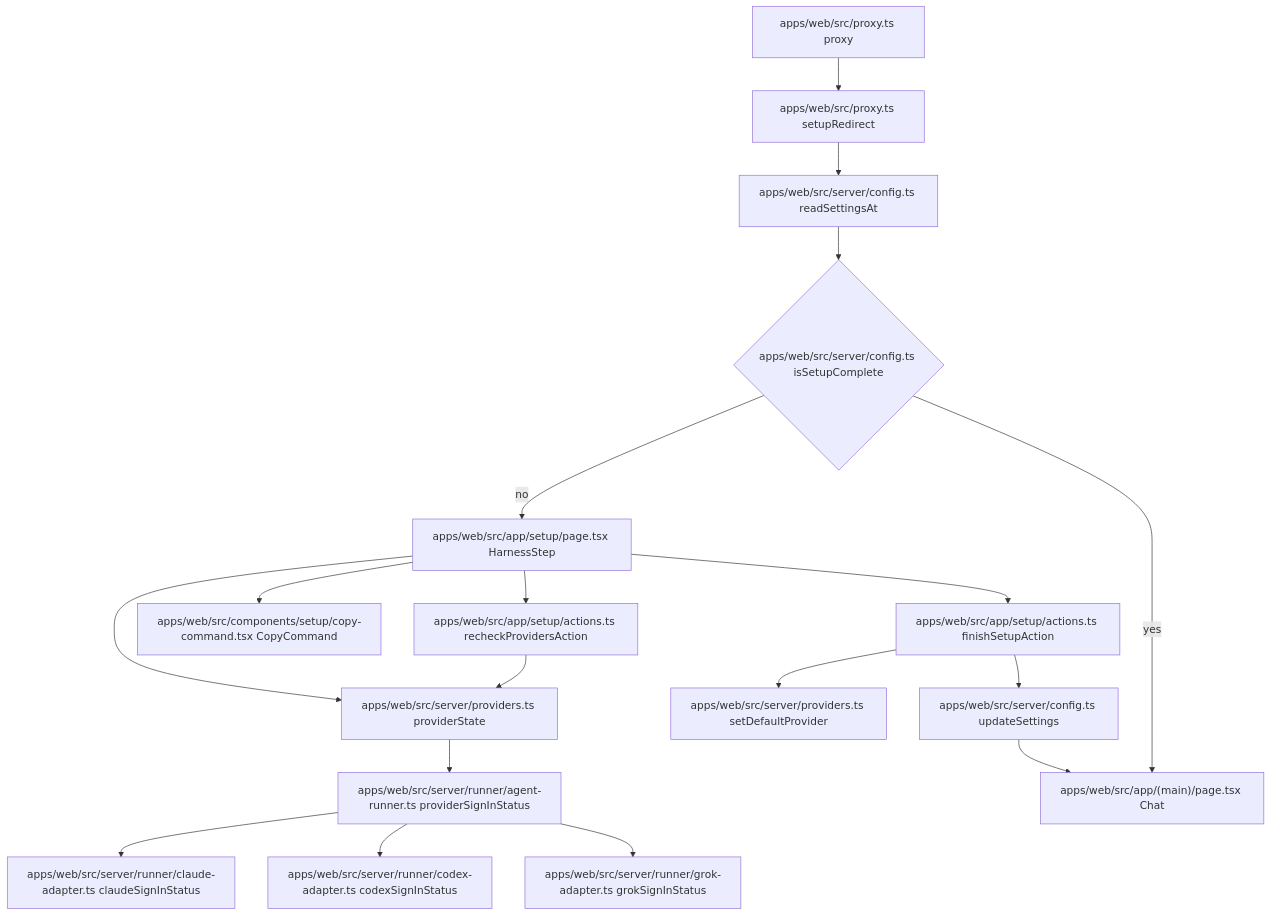
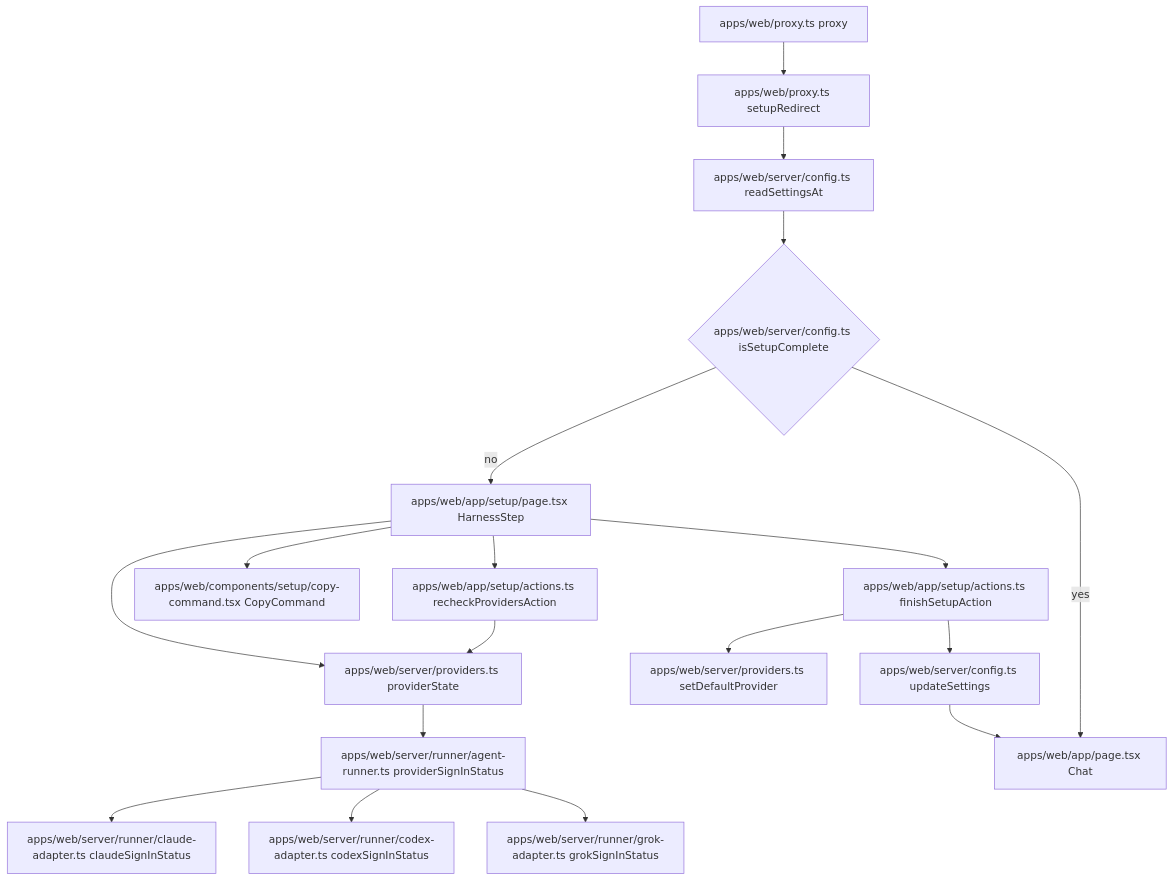
One commit to devjiwonchoi/busyboy changed the second of 5 diagrams in DOMAIN.md. Above: the diagram before and after it, drawn with Mermaid. The commit also changed other lines of this file and 72 other files, not shown here.

First line of the commit message:
Enforce the shadcn theme and flatten the web app.

````diff
--- a/DOMAIN.md
+++ b/DOMAIN.md
@@ -27,20 +27,20 @@
 ```mermaid
 flowchart TD
-  Request["apps/web/src/proxy.ts proxy"] --> Redirect["apps/web/src/proxy.ts setupRedirect"]
-  Redirect --> Settings["apps/web/src/server/config.ts readSettingsAt"]
-  Settings --> Complete{"apps/web/src/server/config.ts isSetupComplete"}
-  Complete -->|no| Page["apps/web/src/app/setup/page.tsx HarnessStep"]
-  Complete -->|yes| Home["apps/web/src/app/(main)/page.tsx Chat"]
-  Page --> State["apps/web/src/server/providers.ts providerState"]
-  State --> SignIn["apps/web/src/server/runner/agent-runner.ts providerSignInStatus"]
-  SignIn --> Claude["apps/web/src/server/runner/claude-adapter.ts claudeSignInStatus"]
-  SignIn --> Codex["apps/web/src/server/runner/codex-adapter.ts codexSignInStatus"]
-  SignIn --> Grok["apps/web/src/server/runner/grok-adapter.ts grokSignInStatus"]
-  Page --> Copy["apps/web/src/components/setup/copy-command.tsx CopyCommand"]
-  Page --> Recheck["apps/web/src/app/setup/actions.ts recheckProvidersAction"]
+  Request["apps/web/proxy.ts proxy"] --> Redirect["apps/web/proxy.ts setupRedirect"]
+  Redirect --> Settings["apps/web/server/config.ts readSettingsAt"]
+  Settings --> Complete{"apps/web/server/config.ts isSetupComplete"}
+  Complete -->|no| Page["apps/web/app/setup/page.tsx HarnessStep"]
+  Complete -->|yes| Home["apps/web/app/page.tsx Chat"]
+  Page --> State["apps/web/server/providers.ts providerState"]
+  State --> SignIn["apps/web/server/runner/agent-runner.ts providerSignInStatus"]
+  SignIn --> Claude["apps/web/server/runner/claude-adapter.ts claudeSignInStatus"]
+  SignIn --> Codex["apps/web/server/runner/codex-adapter.ts codexSignInStatus"]
+  SignIn --> Grok["apps/web/server/runner/grok-adapter.ts grokSignInStatus"]
+  Page --> Copy["apps/web/components/setup/copy-command.tsx CopyCommand"]
+  Page --> Recheck["apps/web/app/setup/actions.ts recheckProvidersAction"]
   Recheck --> State
-  Page --> Finish["apps/web/src/app/setup/actions.ts finishSetupAction"]
-  Finish --> Choose["apps/web/src/server/providers.ts setDefaultProvider"]
-  Finish --> Stamp["apps/web/src/server/config.ts updateSettings"]
+  Page --> Finish["apps/web/app/setup/actions.ts finishSetupAction"]
+  Finish --> Choose["apps/web/server/providers.ts setDefaultProvider"]
+  Finish --> Stamp["apps/web/server/config.ts updateSettings"]
   Stamp --> Home
 ```
````
